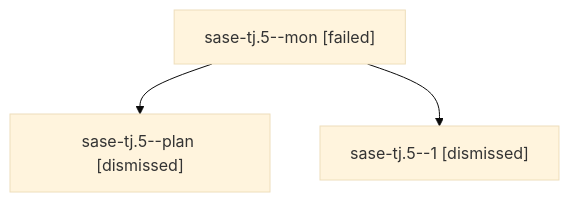
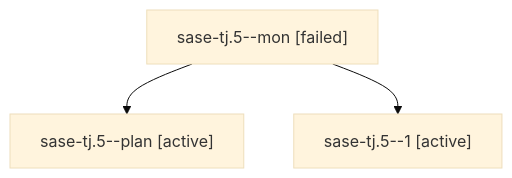
The diagram in families/bbugyi200.athena.sase-tj.5.md (sase-org/sase--agents), drawn with Mermaid (base theme) before and after one commit. The commit also changed other lines of this file and 35830 other files, not shown here.

````diff
--- a/families/bbugyi200.athena.sase-tj.5.md
+++ b/families/bbugyi200.athena.sase-tj.5.md
@@ -9,8 +9,8 @@
 ```mermaid
 flowchart TD
   n0["sase-tj.5--mon [failed]"]
-  n1["sase-tj.5--plan [dismissed]"]
+  n1["sase-tj.5--plan [active]"]
   n0 --> n1
-  n2["sase-tj.5--1 [dismissed]"]
+  n2["sase-tj.5--1 [active]"]
   n0 --> n2
 ```
````
